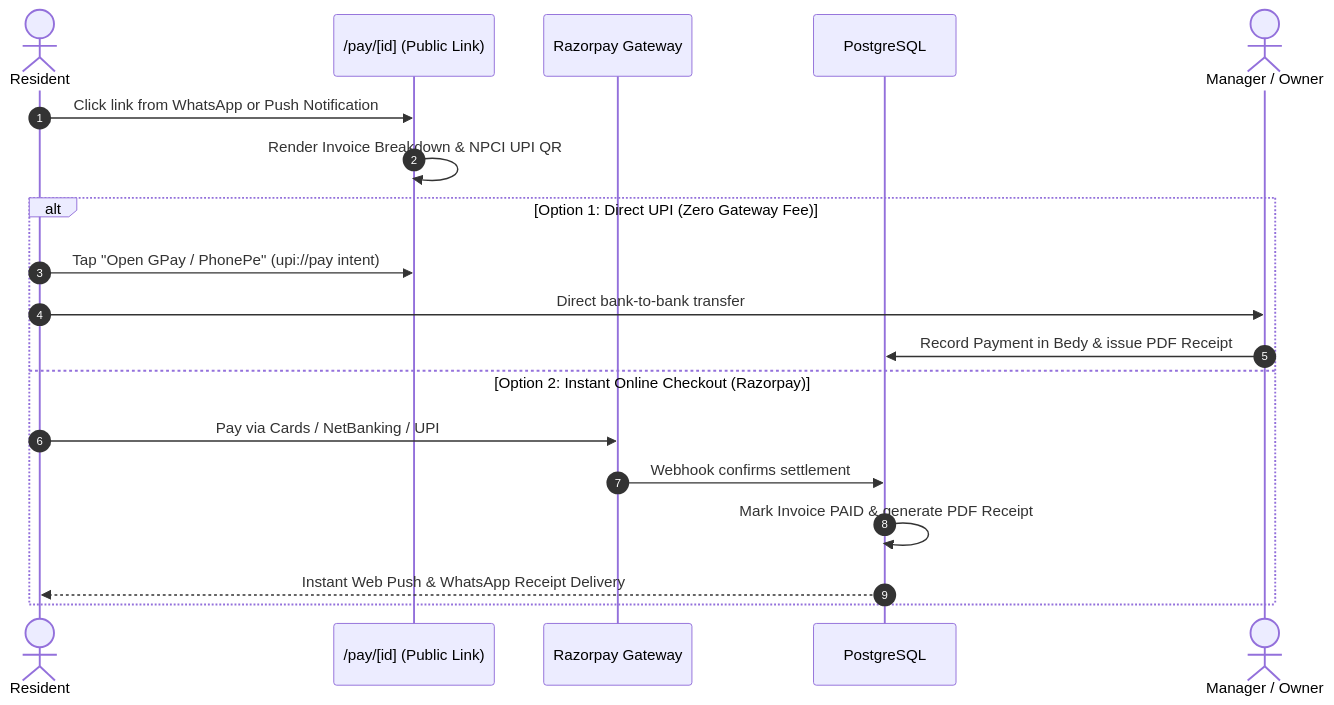
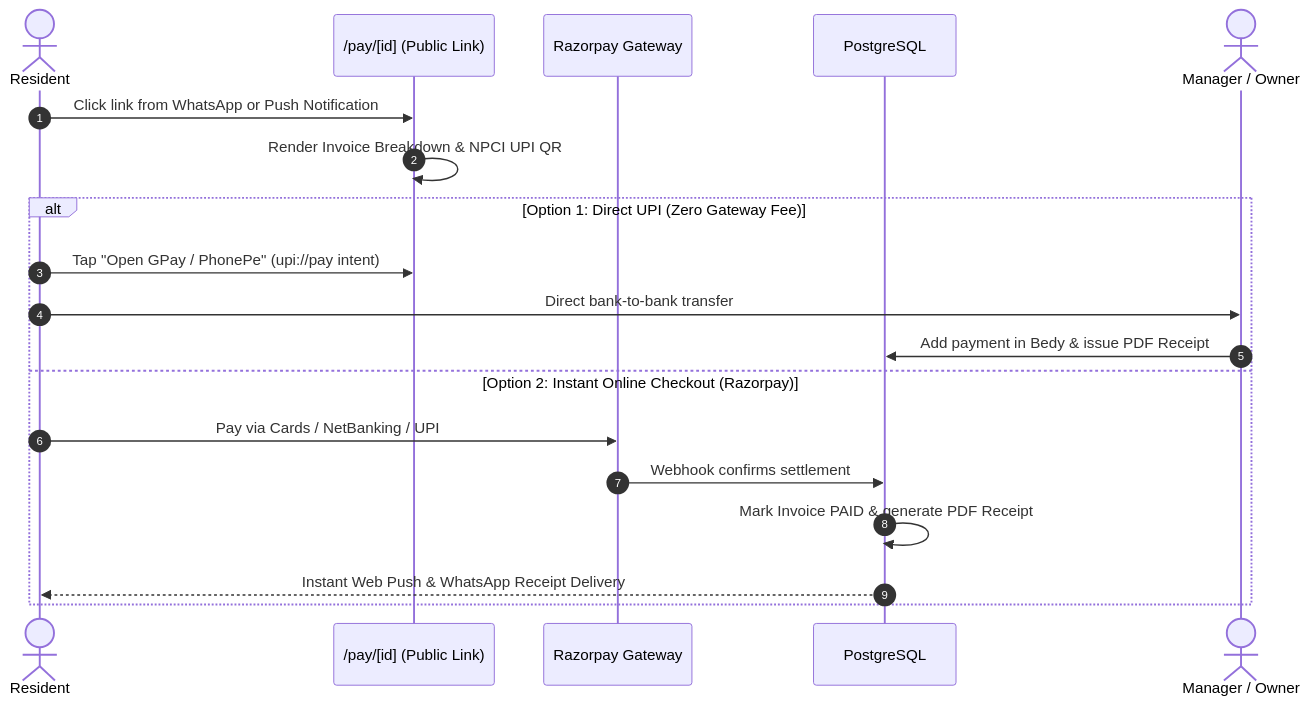
One commit to menueaswaran-design/Societydesk changed the fourth of 5 diagrams in SYSTEM_FLOW_AND_INTEGRATION_DOCS.md. Above: the diagram before and after it, drawn with Mermaid. The commit also changed 101 other files, not shown here.

````diff
--- a/SYSTEM_FLOW_AND_INTEGRATION_DOCS.md
+++ b/SYSTEM_FLOW_AND_INTEGRATION_DOCS.md
@@ -150,22 +150,22 @@
 ```mermaid
 sequenceDiagram
     autonumber
     actor R as Resident
     participant Page as /pay/[id] (Public Link)
     participant RZP as Razorpay Gateway
     participant DB as PostgreSQL
     actor M as Manager / Owner
 
     R->>Page: Click link from WhatsApp or Push Notification
     Page->>Page: Render Invoice Breakdown & NPCI UPI QR
     alt Option 1: Direct UPI (Zero Gateway Fee)
         R->>Page: Tap "Open GPay / PhonePe" (upi://pay intent)
         R->>M: Direct bank-to-bank transfer
-        M->>DB: Record Payment in Bedy & issue PDF Receipt
+        M->>DB: Add payment in Bedy & issue PDF Receipt
     else Option 2: Instant Online Checkout (Razorpay)
         R->>RZP: Pay via Cards / NetBanking / UPI
         RZP->>DB: Webhook confirms settlement
         DB->>DB: Mark Invoice PAID & generate PDF Receipt
         DB-->>R: Instant Web Push & WhatsApp Receipt Delivery
     end
 ```
````
